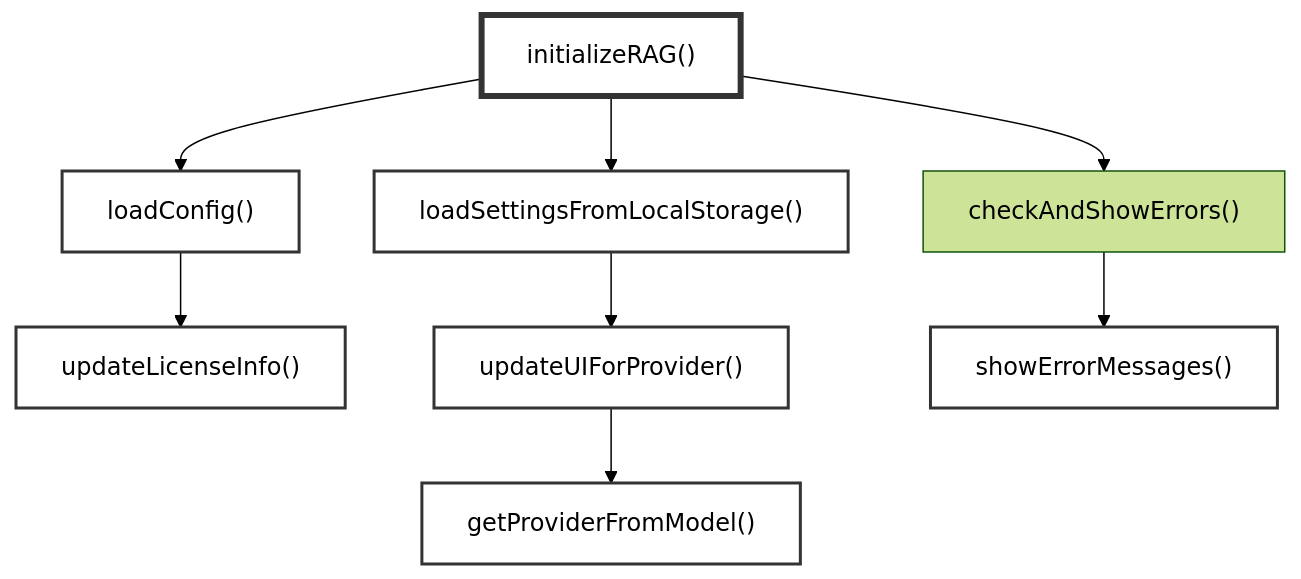
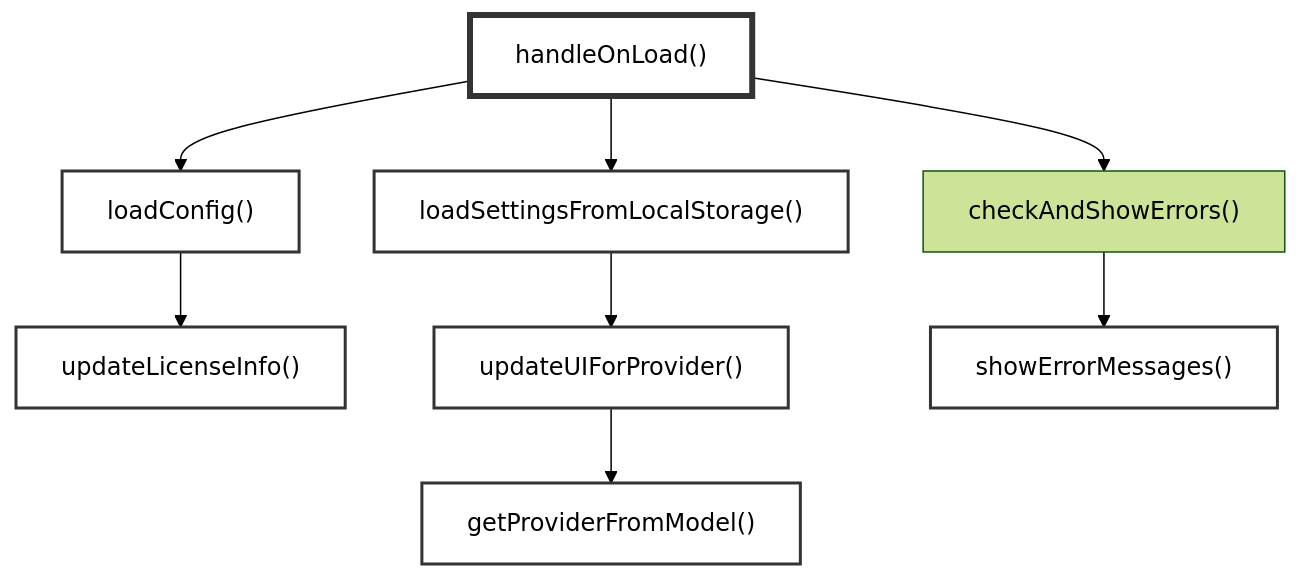
Before and after one commit to koteitan/googolbook-lm: the first of 3 diagrams in lib/js/README.md, drawn with Mermaid (forest theme). The commit also changed other lines of this file and 1 other file, not shown here.

````diff
--- a/lib/js/README.md
+++ b/lib/js/README.md
@@ -137,21 +137,21 @@
 ```mermaid
 graph TD
-    initializeRAG["initializeRAG()"]
+    handleOnLoad["handleOnLoad()"]
     
-    initializeRAG --> loadConfig["loadConfig()"]
-    initializeRAG --> loadSettingsFromLocalStorage["loadSettingsFromLocalStorage()"]
-    initializeRAG --> checkAndShowErrors["checkAndShowErrors()"]
+    handleOnLoad --> loadConfig["loadConfig()"]
+    handleOnLoad --> loadSettingsFromLocalStorage["loadSettingsFromLocalStorage()"]
+    handleOnLoad --> checkAndShowErrors["checkAndShowErrors()"]
     
     loadConfig --> updateLicenseInfo["updateLicenseInfo()"]
     loadSettingsFromLocalStorage --> updateUIForProvider["updateUIForProvider()"]
     checkAndShowErrors --> showErrorMessages["showErrorMessages()"]
     updateUIForProvider --> getProviderFromModel["getProviderFromModel()"]
     
     classDef entry fill:none,stroke:#333,stroke-width:4px
     classDef ui fill:none,stroke:#333,stroke-width:2px
     classDef util fill:none,stroke:#333,stroke-width:2px
     
-    class initializeRAG entry
+    class handleOnLoad entry
     class showErrorMessages,updateUIForProvider ui
     class loadConfig,loadSettingsFromLocalStorage,updateLicenseInfo,getProviderFromModel util
 ```
````
